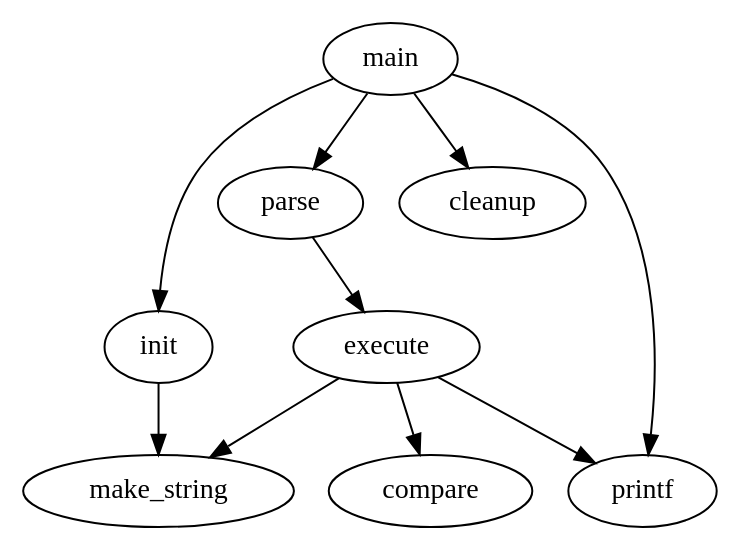
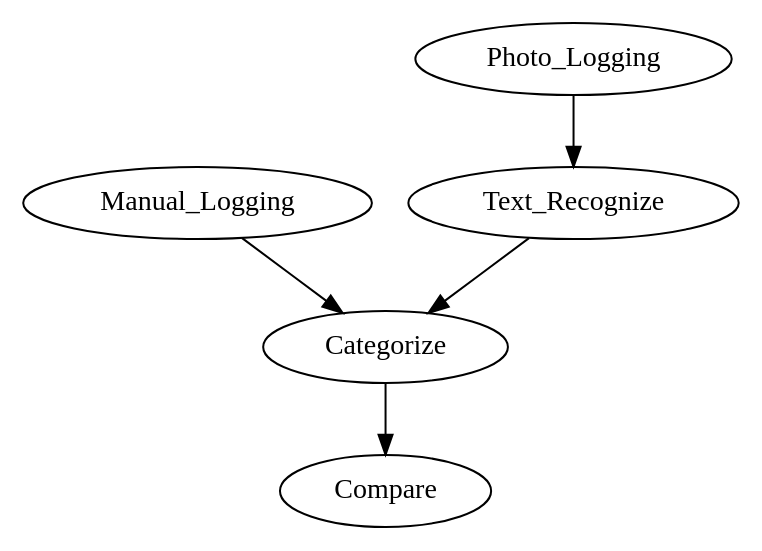
The diagram in Projects/ReceiptOrganizer/overview.dot (Songyang-W/LifeStuffs), drawn with Graphviz before and after one commit. The commit also changed 3 other files, not shown here.

```diff
--- a/Projects/ReceiptOrganizer/overview.dot
+++ b/Projects/ReceiptOrganizer/overview.dot
@@ -1,10 +1,4 @@
 digraph G {
-main -> parse -> execute;
-main -> init;
-main -> cleanup;
-execute -> make_string;
-execute -> printf
-init -> make_string;
-main -> printf;
-execute -> compare;
+Manual_Logging -> Categorize -> Compare;
+Photo_Logging -> Text_Recognize -> Categorize;
 }
```
